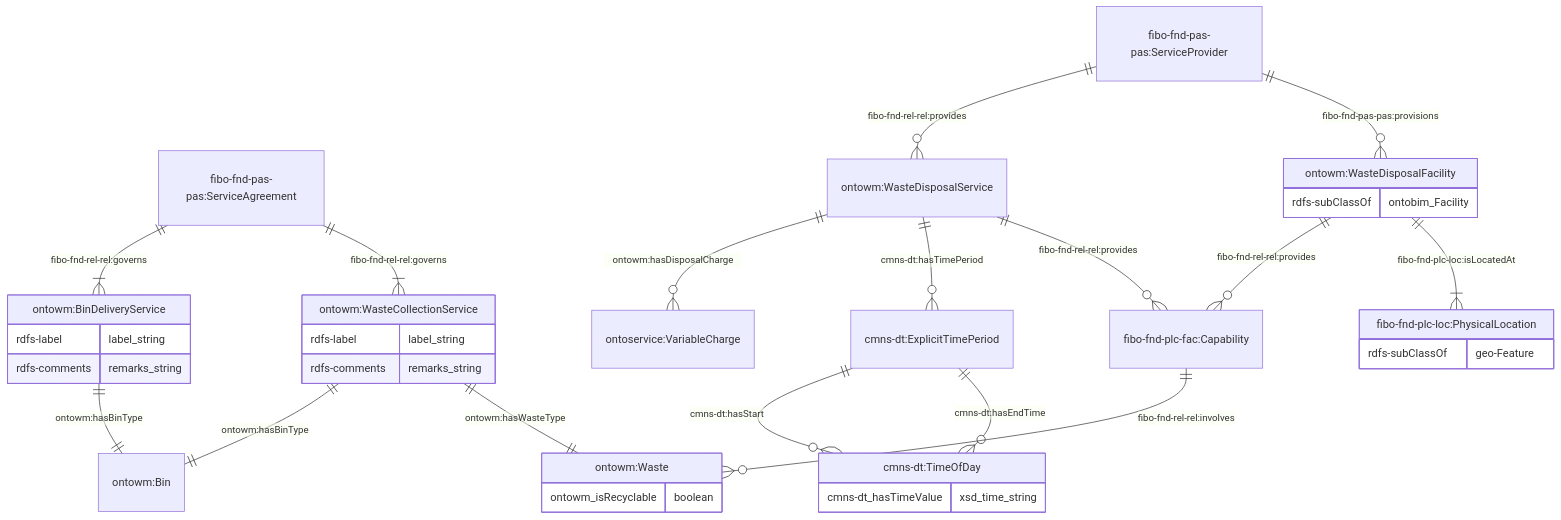
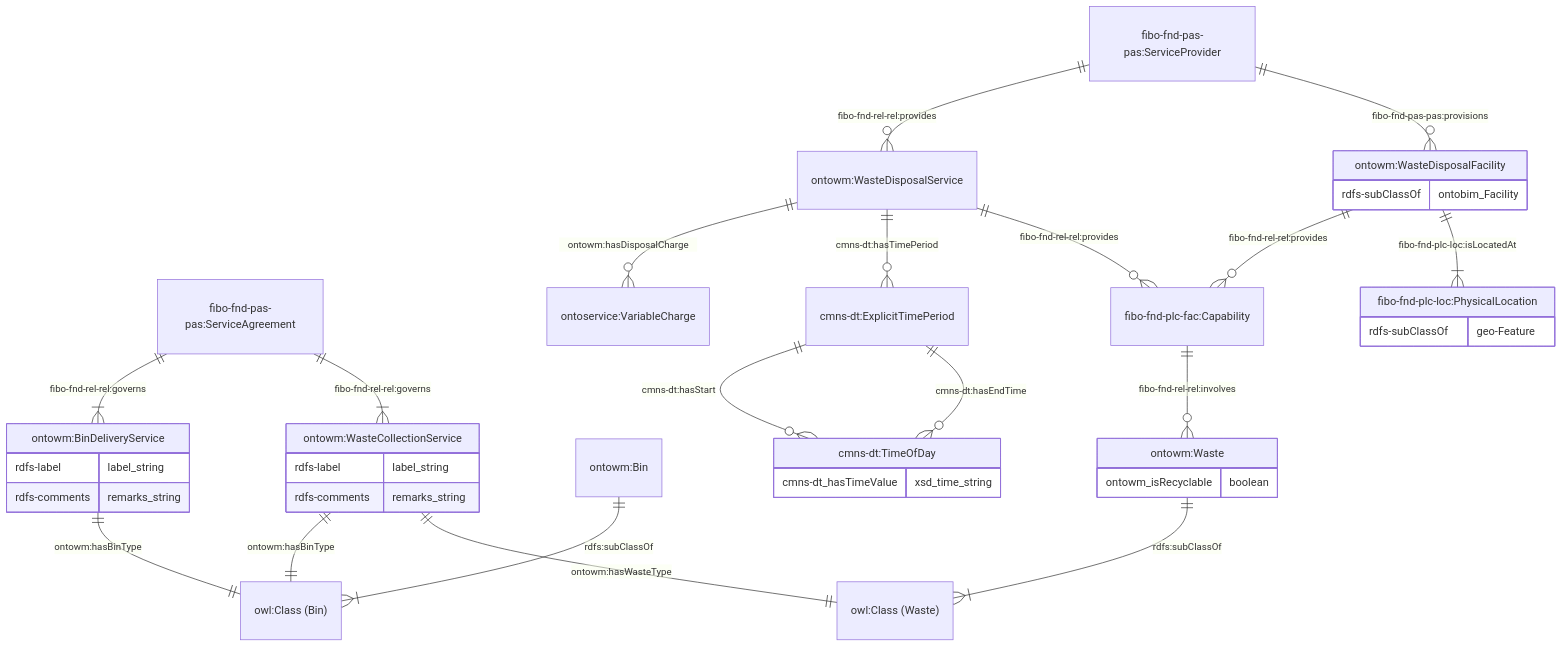
One commit to cambridge-cares/TheWorldAvatar changed the third of 11 diagrams in JPS_Ontology/ontology/ontowastemanagement/README.md. Above: the diagram before and after it, drawn with Mermaid. The commit also changed other lines of this file and 2 other files, not shown here.

Commit message:
dev-ontowastemanagement: change ranges to owl class if we wish to use the class directly and not instances

````diff
--- a/JPS_Ontology/ontology/ontowastemanagement/README.md
+++ b/JPS_Ontology/ontology/ontowastemanagement/README.md
@@ -161,42 +161,44 @@
 ```mermaid
     erDiagram
     "fibo-fnd-pas-pas:ServiceAgreement" ||--|{ "ontowm:BinDeliveryService" : "fibo-fnd-rel-rel:governs"
-    "ontowm:BinDeliveryService" ||--|| "ontowm:Bin" : "ontowm:hasBinType"
+    "ontowm:BinDeliveryService" ||--|| "owl:Class (Bin)" : "ontowm:hasBinType"
     "ontowm:BinDeliveryService" {
         rdfs-label label_string
         rdfs-comments remarks_string
     }
 
     "fibo-fnd-pas-pas:ServiceAgreement" ||--|{ "ontowm:WasteCollectionService" : "fibo-fnd-rel-rel:governs"
-    "ontowm:WasteCollectionService" ||--|| "ontowm:Bin" : "ontowm:hasBinType"
-    "ontowm:WasteCollectionService" ||--|| "ontowm:Waste" : "ontowm:hasWasteType"
+    "ontowm:WasteCollectionService" ||--|| "owl:Class (Bin)" : "ontowm:hasBinType"
+    "ontowm:WasteCollectionService" ||--|| "owl:Class (Waste)" : "ontowm:hasWasteType"
     "ontowm:WasteCollectionService" {
         rdfs-label label_string
         rdfs-comments remarks_string
     }
+    "ontowm:Bin" ||--|{ "owl:Class (Bin)" : "rdfs:subClassOf"
+    "ontowm:Waste" ||--|{ "owl:Class (Waste)" : "rdfs:subClassOf"
 
     "fibo-fnd-pas-pas:ServiceProvider" ||--o{ "ontowm:WasteDisposalService" : "fibo-fnd-rel-rel:provides"
     "ontowm:WasteDisposalService" ||--o{ "ontoservice:VariableCharge" : "ontowm:hasDisposalCharge"
     "ontowm:WasteDisposalService" ||--o{ "cmns-dt:ExplicitTimePeriod" : "cmns-dt:hasTimePeriod"
     "cmns-dt:ExplicitTimePeriod" ||--o{ "cmns-dt:TimeOfDay" : "cmns-dt:hasStart"
     "cmns-dt:ExplicitTimePeriod" ||--o{ "cmns-dt:TimeOfDay" : "cmns-dt:hasEndTime"
     "cmns-dt:TimeOfDay" {
         cmns-dt_hasTimeValue xsd_time_string
     }
 
     "ontowm:WasteDisposalService" ||--o{ "fibo-fnd-plc-fac:Capability" : "fibo-fnd-rel-rel:provides"
     "fibo-fnd-plc-fac:Capability" ||--o{ "ontowm:Waste" : "fibo-fnd-rel-rel:involves"
     "ontowm:Waste" {
         ontowm_isRecyclable boolean
     }
 
     "fibo-fnd-pas-pas:ServiceProvider" ||--o{ "ontowm:WasteDisposalFacility" : "fibo-fnd-pas-pas:provisions"
     "ontowm:WasteDisposalFacility" ||--o{ "fibo-fnd-plc-fac:Capability" : "fibo-fnd-rel-rel:provides"
     "ontowm:WasteDisposalFacility" {
         rdfs-subClassOf ontobim_Facility
     }
     "ontowm:WasteDisposalFacility" ||--|{ "fibo-fnd-plc-loc:PhysicalLocation" : "fibo-fnd-plc-loc:isLocatedAt"
     "fibo-fnd-plc-loc:PhysicalLocation" {
         rdfs-subClassOf geo-Feature
     }
 ```
````
